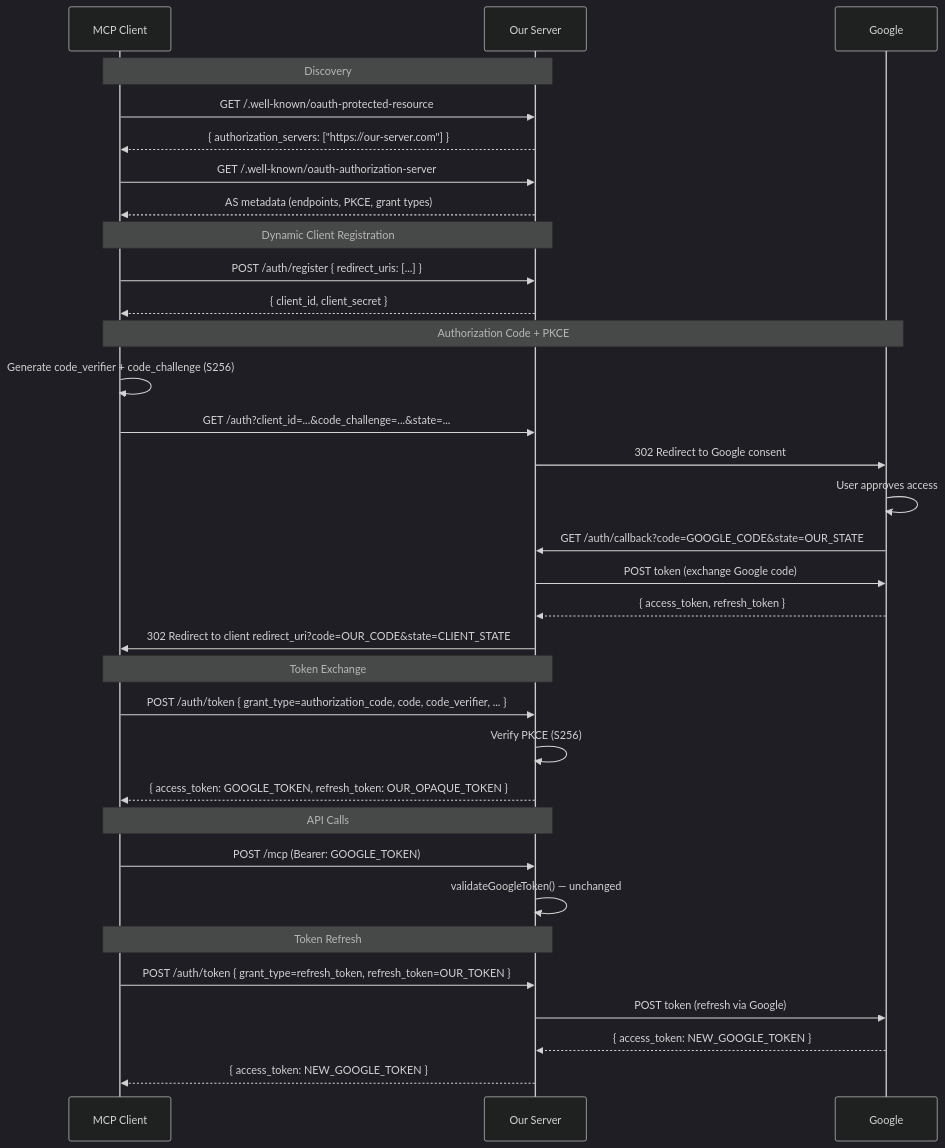
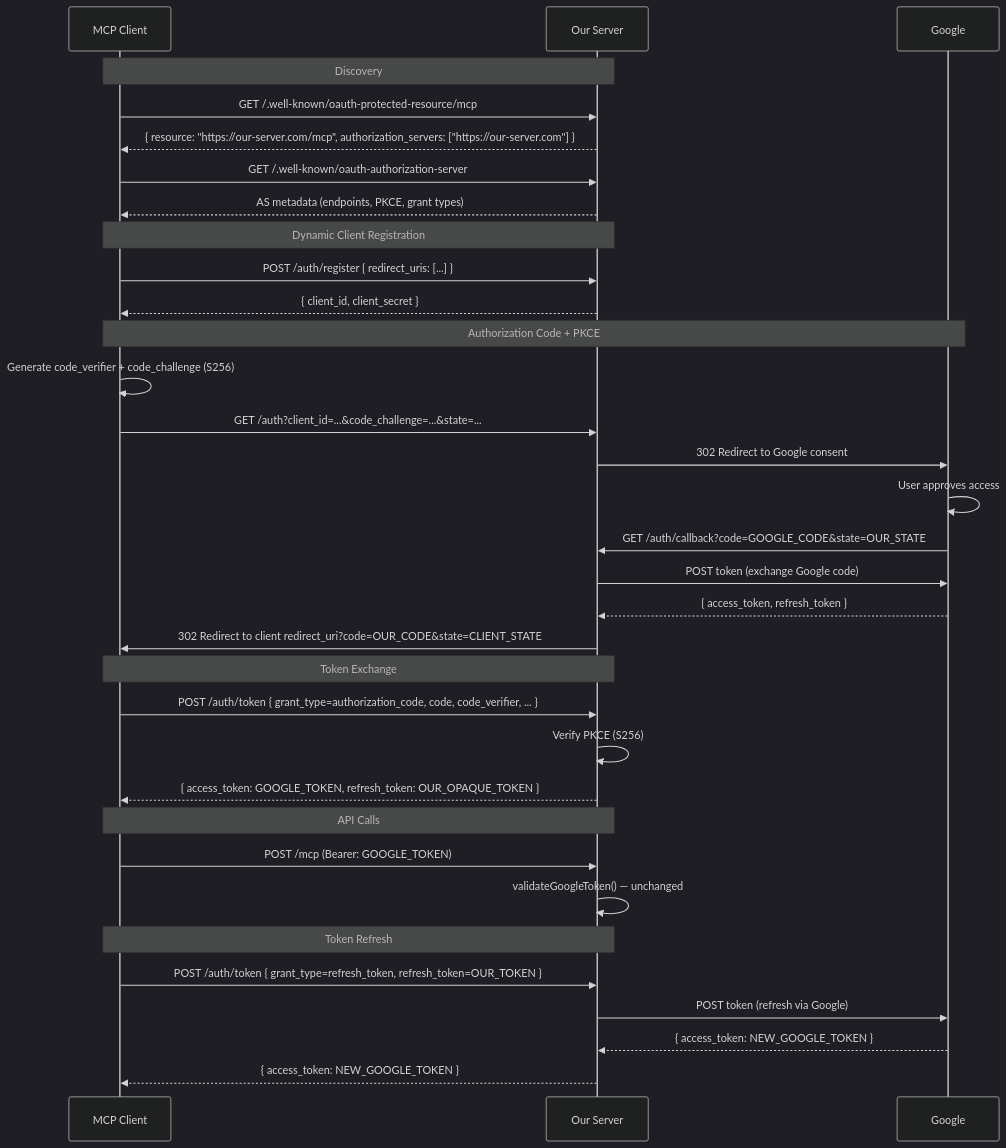
The second of 3 diagrams in docs/auth-server.md (popstas/mcp-sheet-filler), drawn with Mermaid (dark theme) before and after one commit. The commit also changed other lines of this file and 5 other files, not shown here.

````diff
--- a/docs/auth-server.md
+++ b/docs/auth-server.md
@@ -33,41 +33,41 @@
 ```mermaid
 sequenceDiagram
     participant C as MCP Client
     participant S as Our Server
     participant G as Google
 
     Note over C,S: Discovery
-    C->>S: GET /.well-known/oauth-protected-resource
-    S-->>C: { authorization_servers: ["https://our-server.com"] }
+    C->>S: GET /.well-known/oauth-protected-resource/mcp
+    S-->>C: { resource: "https://our-server.com/mcp", authorization_servers: ["https://our-server.com"] }
     C->>S: GET /.well-known/oauth-authorization-server
     S-->>C: AS metadata (endpoints, PKCE, grant types)
 
     Note over C,S: Dynamic Client Registration
     C->>S: POST /auth/register { redirect_uris: [...] }
     S-->>C: { client_id, client_secret }
 
     Note over C,G: Authorization Code + PKCE
     C->>C: Generate code_verifier + code_challenge (S256)
     C->>S: GET /auth?client_id=...&code_challenge=...&state=...
     S->>G: 302 Redirect to Google consent
     G->>G: User approves access
     G->>S: GET /auth/callback?code=GOOGLE_CODE&state=OUR_STATE
     S->>G: POST token (exchange Google code)
     G-->>S: { access_token, refresh_token }
     S->>C: 302 Redirect to client redirect_uri?code=OUR_CODE&state=CLIENT_STATE
 
     Note over C,S: Token Exchange
     C->>S: POST /auth/token { grant_type=authorization_code, code, code_verifier, ... }
     S->>S: Verify PKCE (S256)
     S-->>C: { access_token: GOOGLE_TOKEN, refresh_token: OUR_OPAQUE_TOKEN }
 
     Note over C,S: API Calls
     C->>S: POST /mcp (Bearer: GOOGLE_TOKEN)
     S->>S: validateGoogleToken() — unchanged
 
     Note over C,S: Token Refresh
     C->>S: POST /auth/token { grant_type=refresh_token, refresh_token=OUR_TOKEN }
     S->>G: POST token (refresh via Google)
     G-->>S: { access_token: NEW_GOOGLE_TOKEN }
     S-->>C: { access_token: NEW_GOOGLE_TOKEN }
 ```
````
